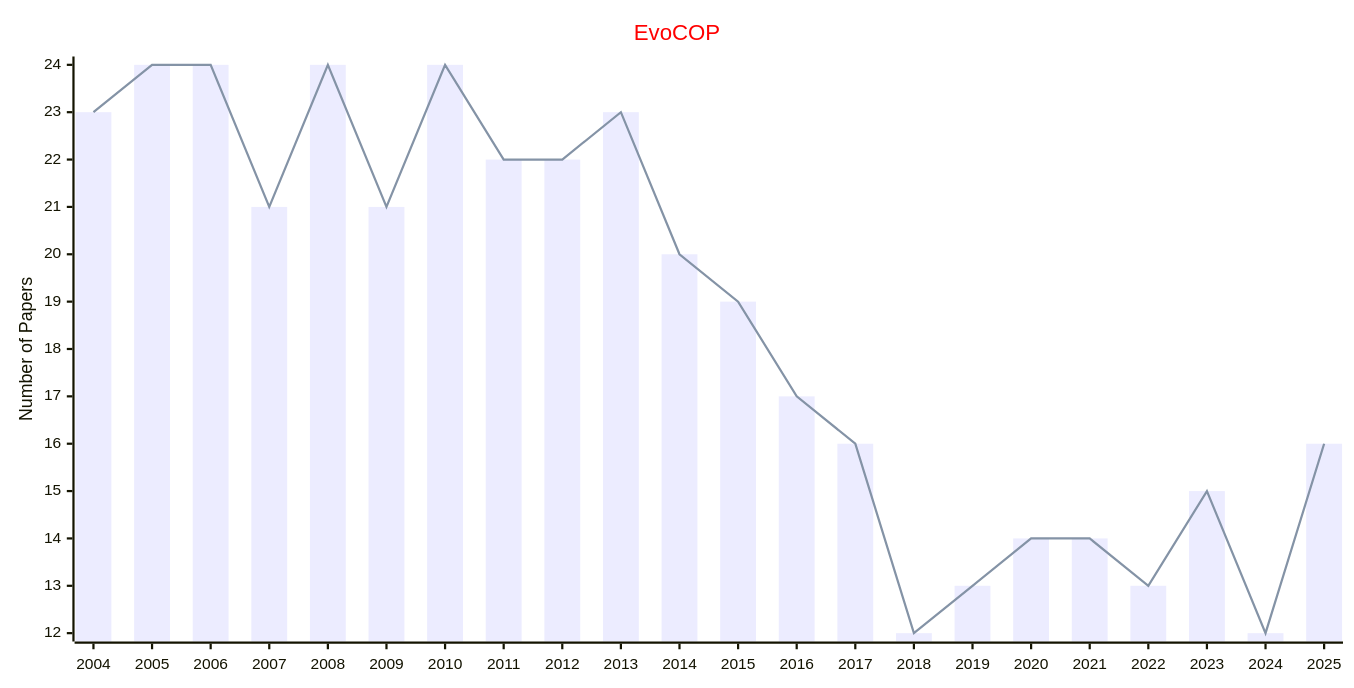
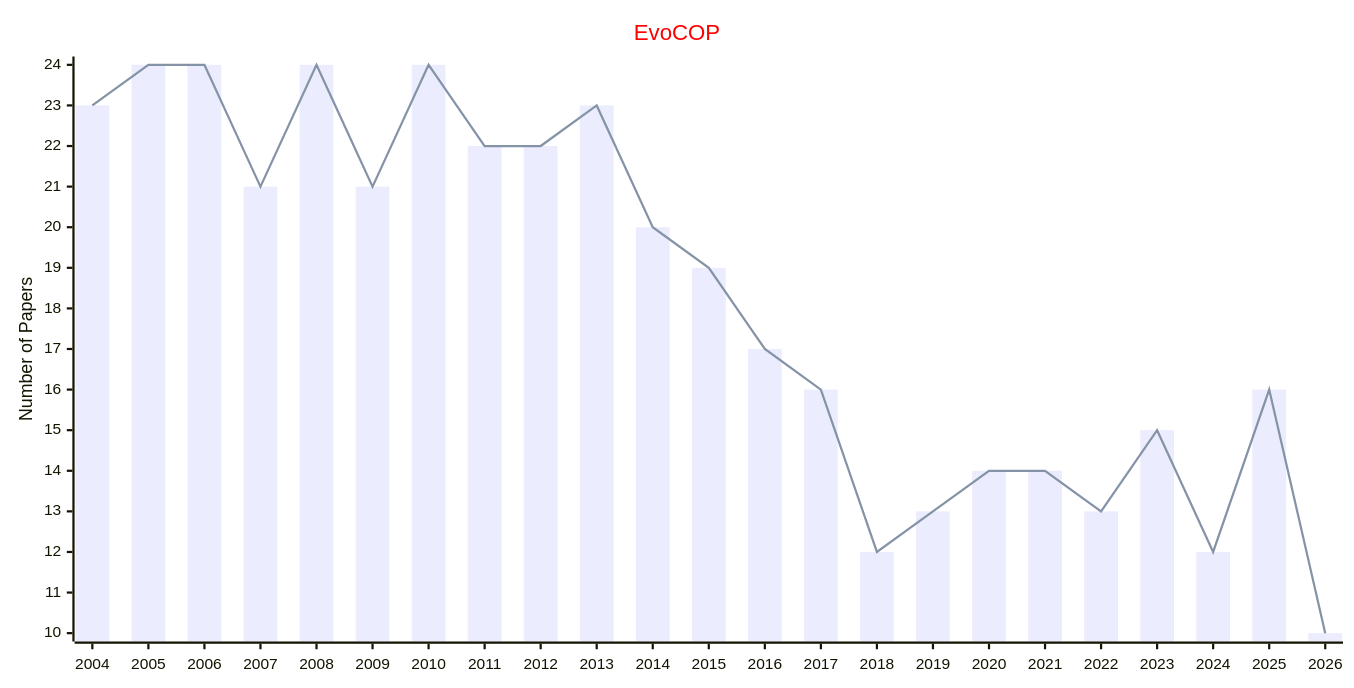
Before and after one commit to Easy-PhD/AILinks: the fifth of 9 diagrams in docs/data/Conferences/Publishers_Conferences/SPRINGER.md, drawn with Mermaid. The commit also changed other lines of this file and 15 other files, not shown here.

````diff
--- a/docs/data/Conferences/Publishers_Conferences/SPRINGER.md
+++ b/docs/data/Conferences/Publishers_Conferences/SPRINGER.md
@@ -119,17 +119,17 @@
 ```mermaid
 ---
 config:
     xyChart:
         width: 1200
         height: 600
     themeVariables:
         xyChart:
             titleColor: "#ff0000"
 ---
 xychart-beta
     title "EvoCOP"
-    x-axis [2004, 2005, 2006, 2007, 2008, 2009, 2010, 2011, 2012, 2013, 2014, 2015, 2016, 2017, 2018, 2019, 2020, 2021, 2022, 2023, 2024, 2025]
+    x-axis [2004, 2005, 2006, 2007, 2008, 2009, 2010, 2011, 2012, 2013, 2014, 2015, 2016, 2017, 2018, 2019, 2020, 2021, 2022, 2023, 2024, 2025, 2026]
     y-axis "Number of Papers"
-    bar [23, 24, 24, 21, 24, 21, 24, 22, 22, 23, 20, 19, 17, 16, 12, 13, 14, 14, 13, 15, 12, 16]
-    line [23, 24, 24, 21, 24, 21, 24, 22, 22, 23, 20, 19, 17, 16, 12, 13, 14, 14, 13, 15, 12, 16]
+    bar [23, 24, 24, 21, 24, 21, 24, 22, 22, 23, 20, 19, 17, 16, 12, 13, 14, 14, 13, 15, 12, 16, 10]
+    line [23, 24, 24, 21, 24, 21, 24, 22, 22, 23, 20, 19, 17, 16, 12, 13, 14, 14, 13, 15, 12, 16, 10]
 ```
````
